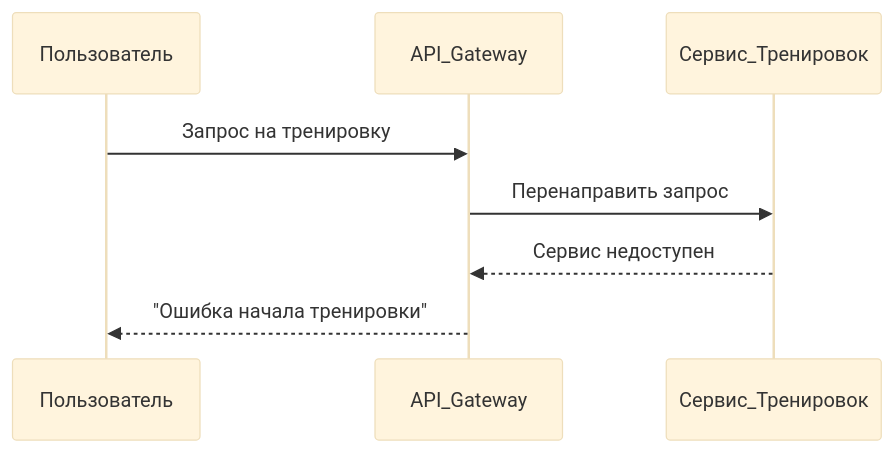
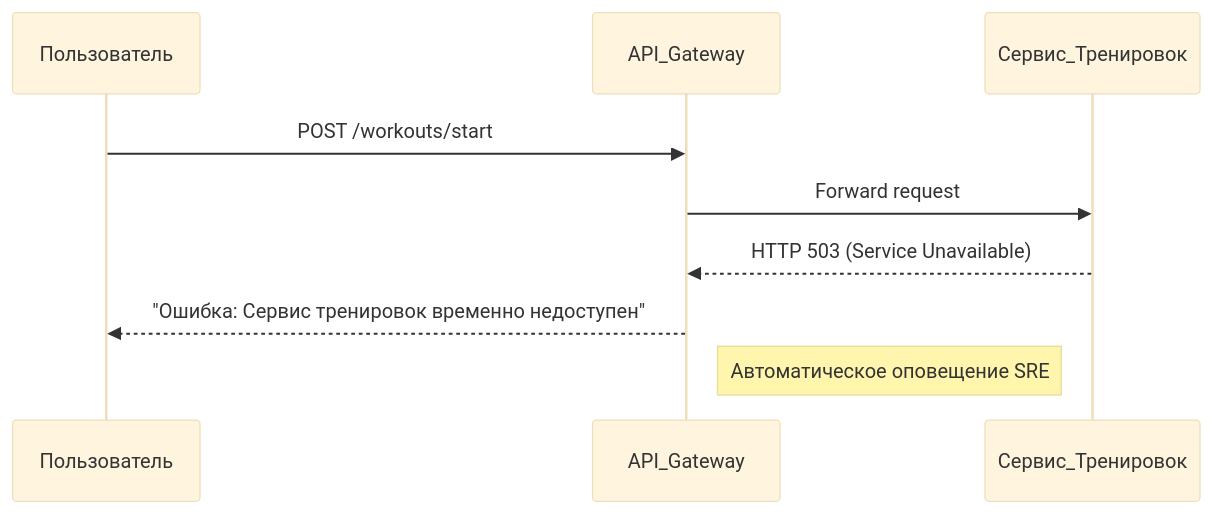
Before and after one commit to andreyantropov/architect-coursework: the second of 8 diagrams in architecture/critical-business-processes.md, drawn with Mermaid (base theme). The commit also changed other lines of this file, not shown here.

````diff
--- a/architecture/critical-business-processes.md
+++ b/architecture/critical-business-processes.md
@@ -17,11 +18,12 @@
 ```mermaid
 sequenceDiagram
     participant Пользователь
     participant API_Gateway
     participant Сервис_Тренировок
     
-    Пользователь->>API_Gateway: Запрос на тренировку
-    API_Gateway->>Сервис_Тренировок: Перенаправить запрос
-    Сервис_Тренировок-->>API_Gateway: Сервис недоступен
-    API_Gateway-->>Пользователь: "Ошибка начала тренировки"
+    Пользователь->>API_Gateway: POST /workouts/start
+    API_Gateway->>Сервис_Тренировок: Forward request
+    Сервис_Тренировок-->>API_Gateway: HTTP 503 (Service Unavailable)
+    API_Gateway-->>Пользователь: "Ошибка: Сервис тренировок временно недоступен"
+    note left of Сервис_Тренировок: Автоматическое оповещение SRE
 ```
````
